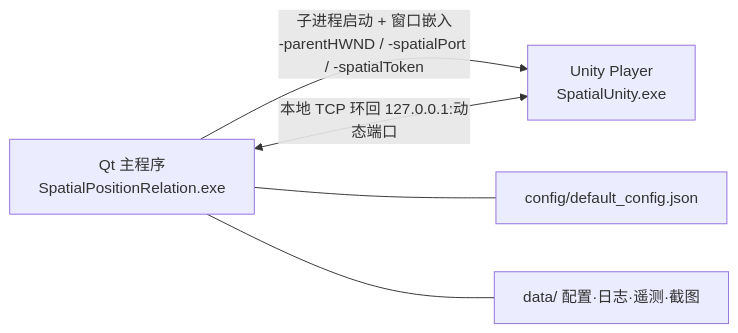
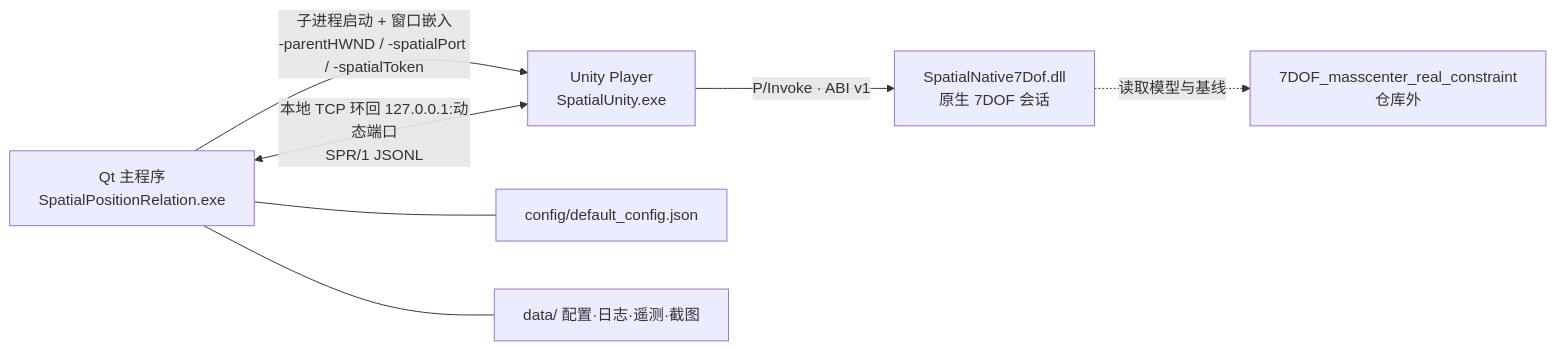
One commit to Sujian-Jia/SpatialPositionRelation changed the diagram in README.md. Above: the diagram before and after it, drawn with Mermaid. The commit also changed other lines of this file and 48 other files, not shown here.

First line of the commit message:
feat(7dof): integrate native 7DOF dynamics (scheme A), docs, and README update

````diff
--- a/README.md
+++ b/README.md
@@ -9,7 +32,9 @@
 ```mermaid
 flowchart LR
     A["Qt 主程序<br/>SpatialPositionRelation.exe"] -->|"子进程启动 + 窗口嵌入<br/>-parentHWND / -spatialPort / -spatialToken"| B["Unity Player<br/>SpatialUnity.exe"]
-    A <-->|"本地 TCP 环回 127.0.0.1:动态端口"| B
+    A <-->|"本地 TCP 环回 127.0.0.1:动态端口<br/>SPR/1 JSONL"| B
+    B -->|"P/Invoke · ABI v1"| E["SpatialNative7Dof.dll<br/>原生 7DOF 会话"]
     A --- C["config/default_config.json"]
     A --- D["data/ 配置·日志·遥测·截图"]
+    E -.读取模型与基线.-> F["7DOF_masscenter_real_constraint<br/>仓库外"]
 ```
````
